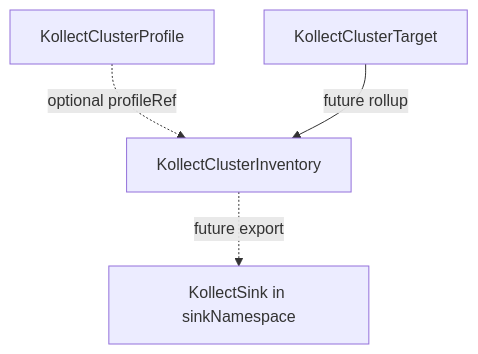
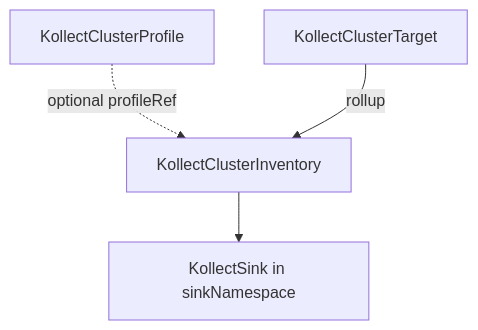
Before and after one commit to konih/kollect: the diagram in docs/crds/kollectclusterinventory.md, drawn with Mermaid. The commit also changed other lines of this file and 5 other files, not shown here.

````diff
--- a/docs/crds/kollectclusterinventory.md
+++ b/docs/crds/kollectclusterinventory.md
@@ -21,11 +21,11 @@
 ```mermaid
 flowchart TD
   CProf[KollectClusterProfile]
   CTarget[KollectClusterTarget]
   CInv[KollectClusterInventory]
   Sink[KollectSink in sinkNamespace]
 
   CProf -.->|optional profileRef| CInv
-  CTarget -->|future rollup| CInv
-  CInv -.->|future export| Sink
+  CTarget -->|rollup| CInv
+  CInv --> Sink
 ```
````
